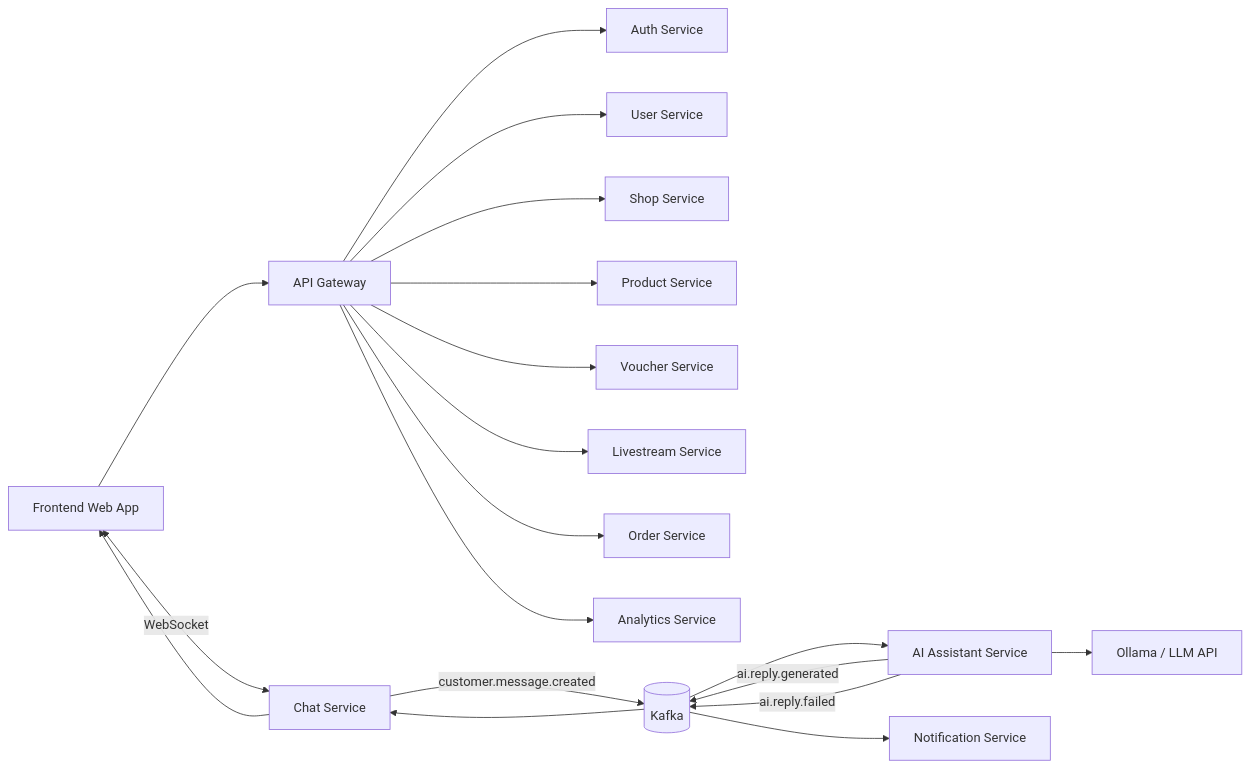
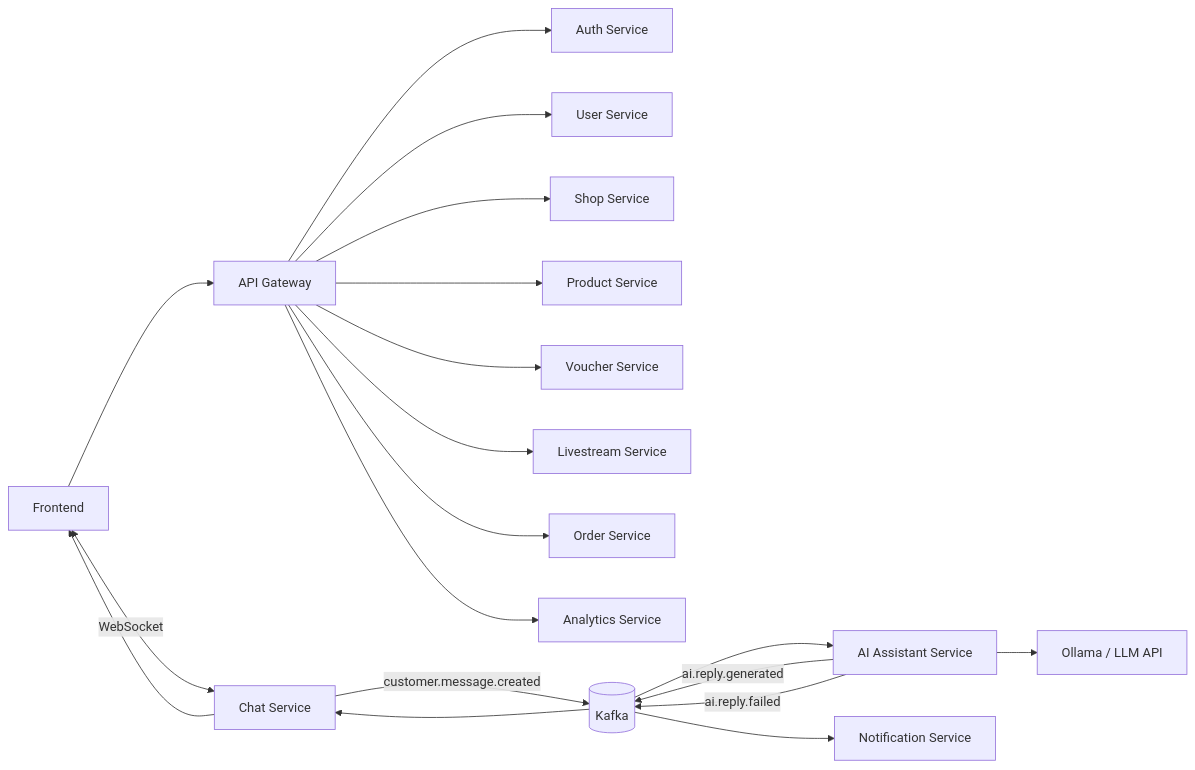
The first of 2 diagrams in README.md (23630761-htnghia/Service-Oriented-Architecture-and-Cloud-Computing), drawn with Mermaid before and after one commit. The commit also changed other lines of this file and 27 other files, not shown here.

````diff
--- a/README.md
+++ b/README.md
@@ -7,22 +41,22 @@
 ```mermaid
 flowchart LR
-  FE[Frontend Web App] --> GW[API Gateway]
+  FE[Frontend] --> GW[API Gateway]
   GW --> AUTH[Auth Service]
   GW --> USER[User Service]
   GW --> SHOP[Shop Service]
   GW --> PRODUCT[Product Service]
   GW --> VOUCHER[Voucher Service]
   GW --> LIVE[Livestream Service]
   GW --> ORDER[Order Service]
   GW --> ANALYTICS[Analytics Service]
 
   FE <-- WebSocket --> CHAT[Chat Service]
   CHAT -->|customer.message.created| KAFKA[(Kafka)]
   KAFKA --> AI[AI Assistant Service]
   AI --> OLLAMA[Ollama / LLM API]
   AI -->|ai.reply.generated| KAFKA
   AI -->|ai.reply.failed| KAFKA
   KAFKA --> CHAT
   KAFKA --> NOTI[Notification Service]
   CHAT --> FE
 ```
````
